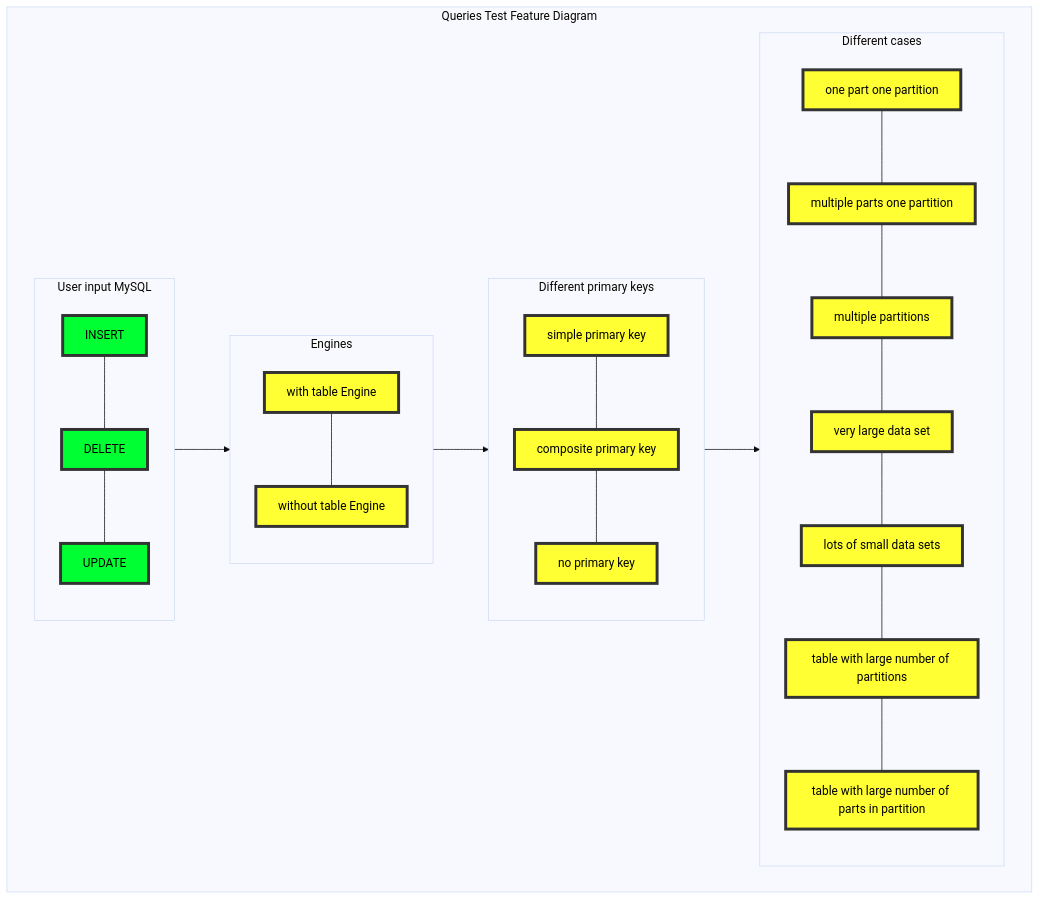
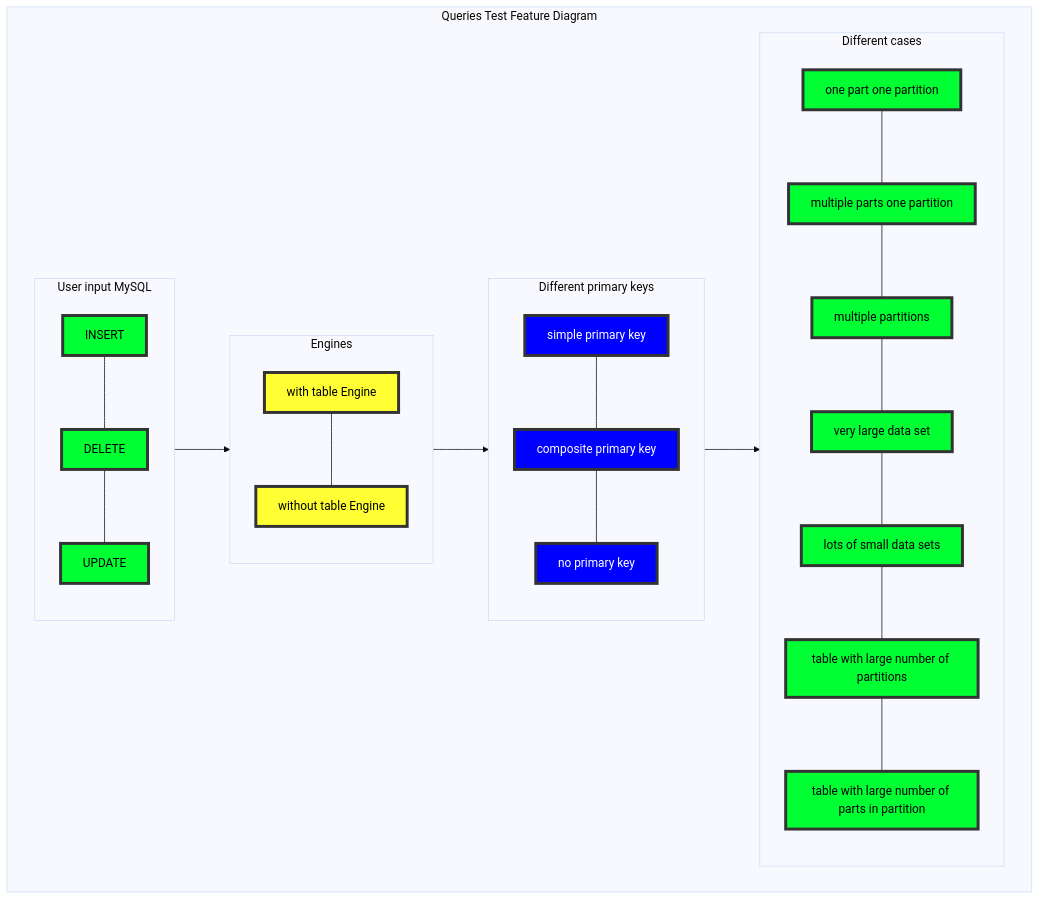
One commit to Altinity/clickhouse-sink-connector changed the second of 2 diagrams in tests/integration_flowtests/requirements/requirements.md. Above: the diagram before and after it, drawn with Mermaid (base theme).

Commit message:
"mermaid upd"

````diff
--- a/tests/integration_flowtests/requirements/requirements.md
+++ b/tests/integration_flowtests/requirements/requirements.md
@@ -511,51 +511,51 @@
 ```mermaid
 flowchart TB;
 
   classDef yellow fill:#ffff33,stroke:#333,stroke-width:4px,color:black;
   classDef yellow2 fill:#ffff33,stroke:#333,stroke-width:4px,color:red;
   classDef green fill:#00ff33,stroke:#333,stroke-width:4px,color:black;
   classDef red fill:red,stroke:#333,stroke-width:4px,color:black;
   classDef blue fill:blue,stroke:#333,stroke-width:4px,color:white;
   
   subgraph O["Queries Test Feature Diagram"]
   A-->D-->C-->B
 
   1A---2A---3A
   1D---2D
   1C---2C---3C
   1B---2B---3B---4B---5B---6B---7B
   
     subgraph A["User input MySQL"]
 
         1A["INSERT"]:::green
                 2A["DELETE"]:::green
                         3A["UPDATE"]:::green
 
     end
     
     subgraph D["Engines"]
         1D["with table Engine"]:::yellow
         2D["without table Engine"]:::yellow
     end
     
     subgraph C["Different primary keys"]
-        1C["simple primary key"]:::yellow
-        2C["composite primary key"]:::yellow
-        3C["no primary key"]:::yellow
+        1C["simple primary key"]:::blue
+        2C["composite primary key"]:::blue
+        3C["no primary key"]:::blue
     end
     
     subgraph B["Different cases"]
-        1B["one part one partition"]:::yellow
-        2B["multiple parts one partition"]:::yellow
-        3B["multiple partitions"]:::yellow
-        4B["very large data set"]:::yellow
-        5B["lots of small data sets"]:::yellow
-        6B["table with large number of partitions"]:::yellow
-        7B["table with large number of parts in partition"]:::yellow
+        1B["one part one partition"]:::green
+        2B["multiple parts one partition"]:::green
+        3B["multiple partitions"]:::green
+        4B["very large data set"]:::green
+        5B["lots of small data sets"]:::green
+        6B["table with large number of partitions"]:::green
+        7B["table with large number of parts in partition"]:::green
     end
     
 
     
 
   end
 ```
````
